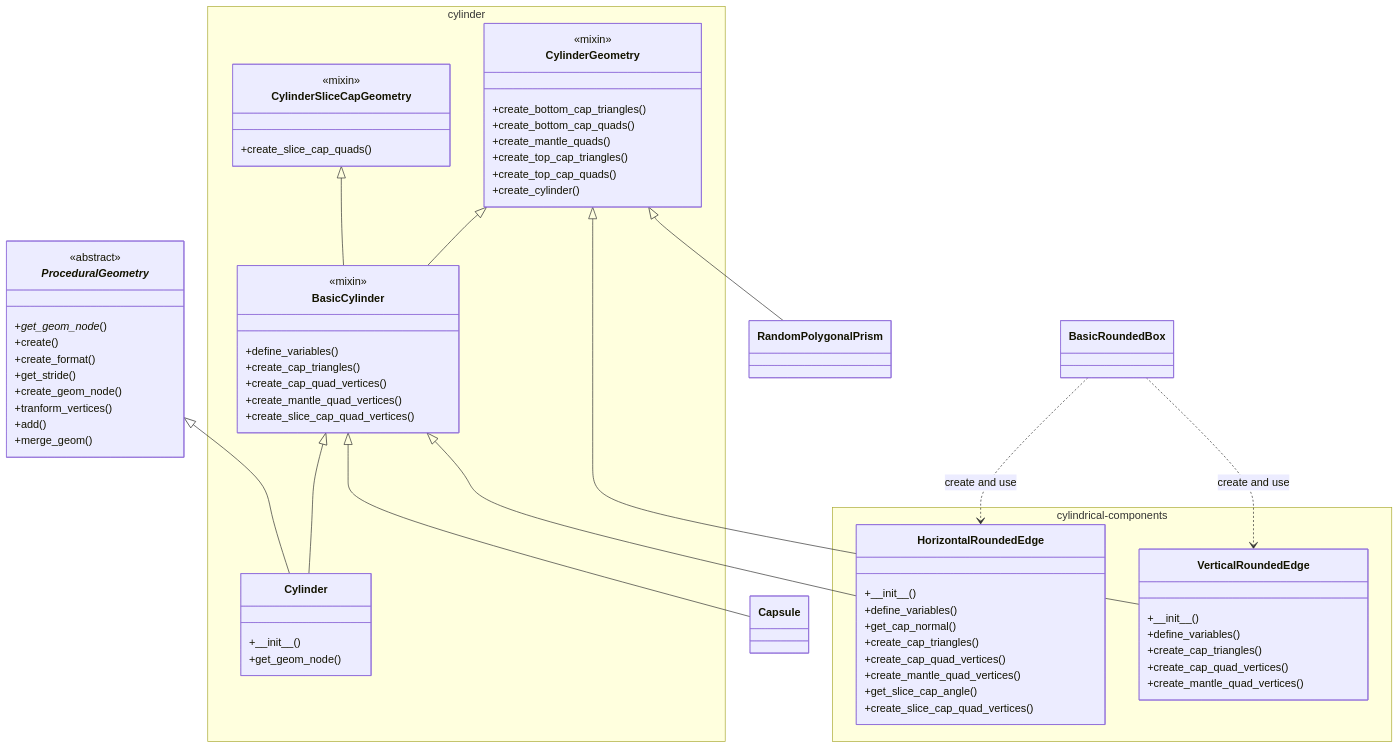
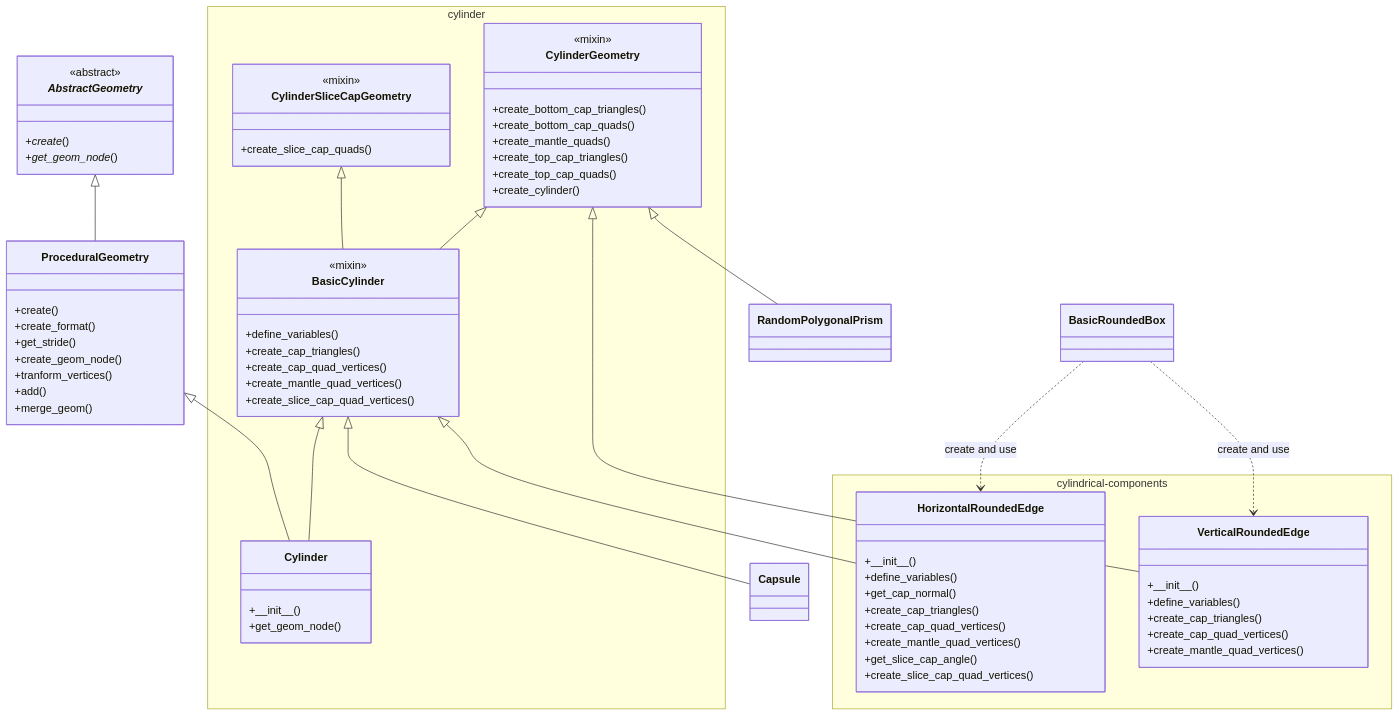
The first of 7 diagrams in README.md (taKana671/shapes), drawn with Mermaid before and after one commit. The commit also changed other lines of this file, not shown here.

````diff
--- a/README.md
+++ b/README.md
@@ -61,9 +62,12 @@
 ```mermaid
 classDiagram
+  class _AbstractGeometry_{
+    <<abstract>>
+    +*create*()
+    +*get_geom_node*()
+  }
 
-  class _ProceduralGeometry_{
-    <<abstract>>
-    +*get_geom_node*()
+  class ProceduralGeometry{
     +create()
     +create_format()
     +get_stride()
@@ -126,10 +130,12 @@
     }
   }
 
+  _AbstractGeometry_ <|-- ProceduralGeometry 
+
   CylinderSliceCapGeometry <|-- BasicCylinder
   CylinderGeometry <|-- BasicCylinder
   CylinderGeometry <|-- VerticalRoundedEdge
-  _ProceduralGeometry_ <|-- Cylinder
+  ProceduralGeometry <|-- Cylinder
   BasicCylinder <|-- Cylinder
   BasicCylinder <|-- HorizontalRoundedEdge
   BasicCylinder <|-- Capsule
````
